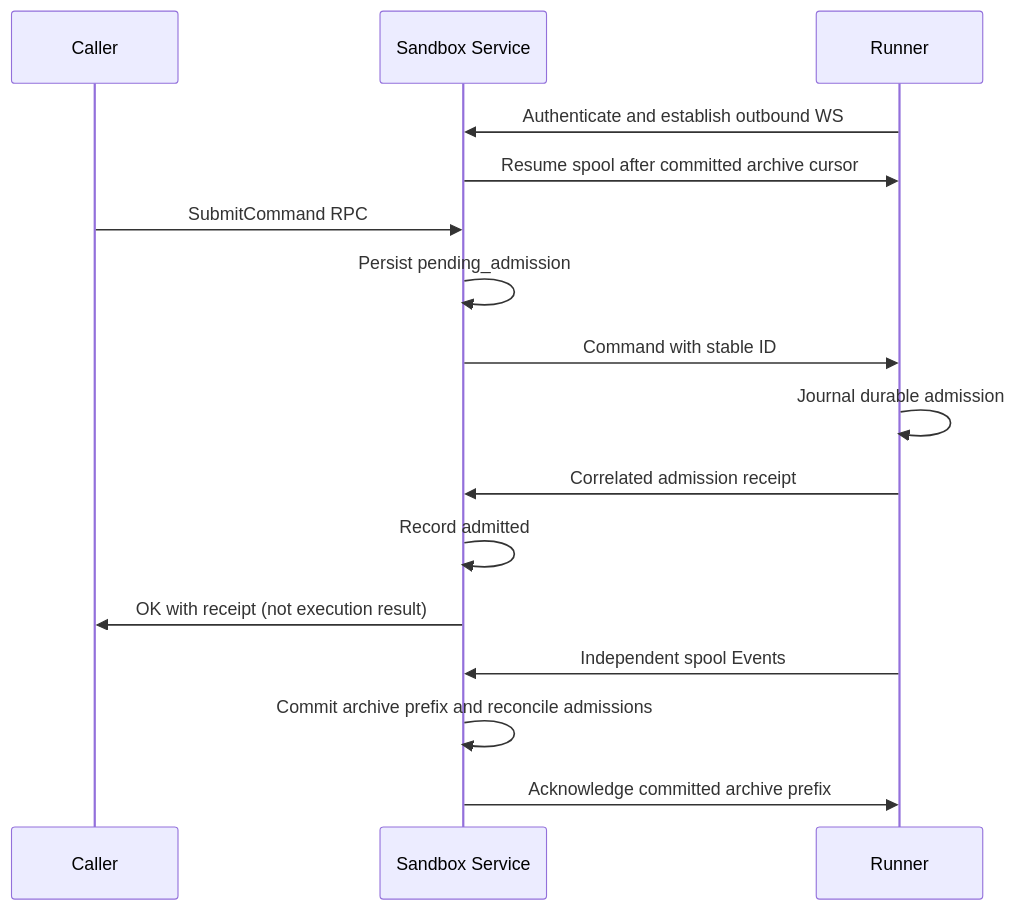
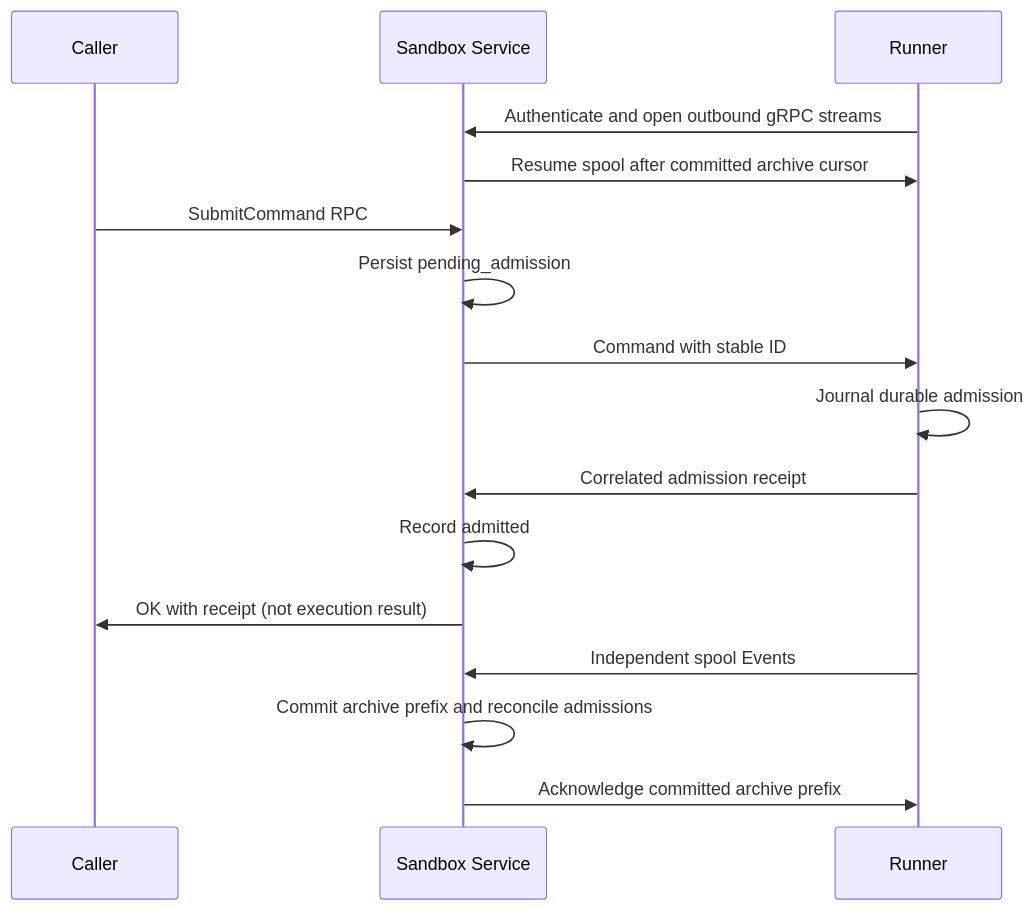
Before and after one commit to agentydragon-agent/ducktape: the diagram in agentplane/plans/runner_discovery.md, drawn with Mermaid. The commit also changed other lines of this file and 6 other files, not shown here.

````diff
--- a/agentplane/plans/runner_discovery.md
+++ b/agentplane/plans/runner_discovery.md
@@ -130,18 +128,18 @@
 ```mermaid
 sequenceDiagram
     participant C as Caller
     participant S as Sandbox Service
     participant R as Runner
-    R->>S: Authenticate and establish outbound WS
+    R->>S: Authenticate and open outbound gRPC streams
     S->>R: Resume spool after committed archive cursor
     C->>S: SubmitCommand RPC
     S->>S: Persist pending_admission
     S->>R: Command with stable ID
     R->>R: Journal durable admission
     R->>S: Correlated admission receipt
     S->>S: Record admitted
     S->>C: OK with receipt (not execution result)
     R->>S: Independent spool Events
     S->>S: Commit archive prefix and reconcile admissions
     S->>R: Acknowledge committed archive prefix
 ```
````
